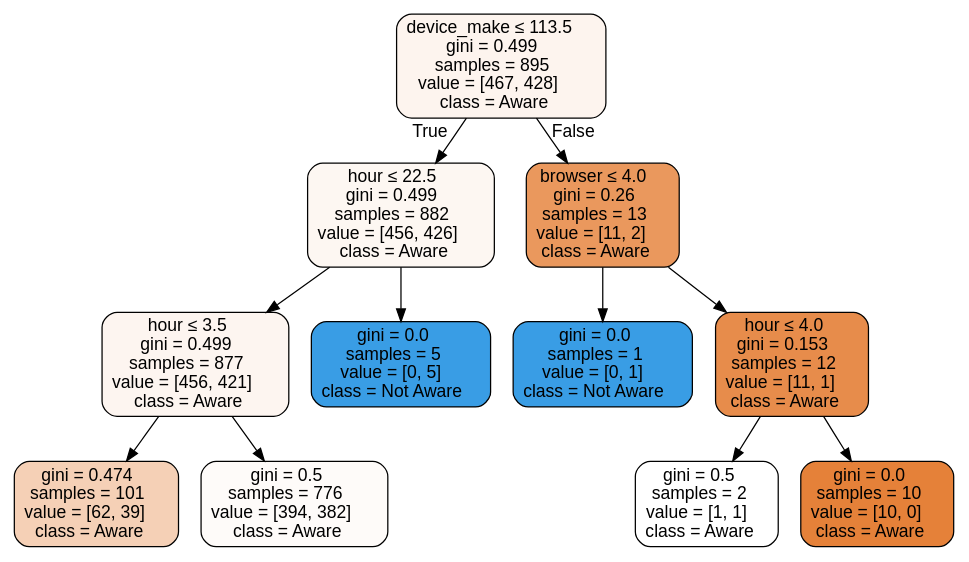
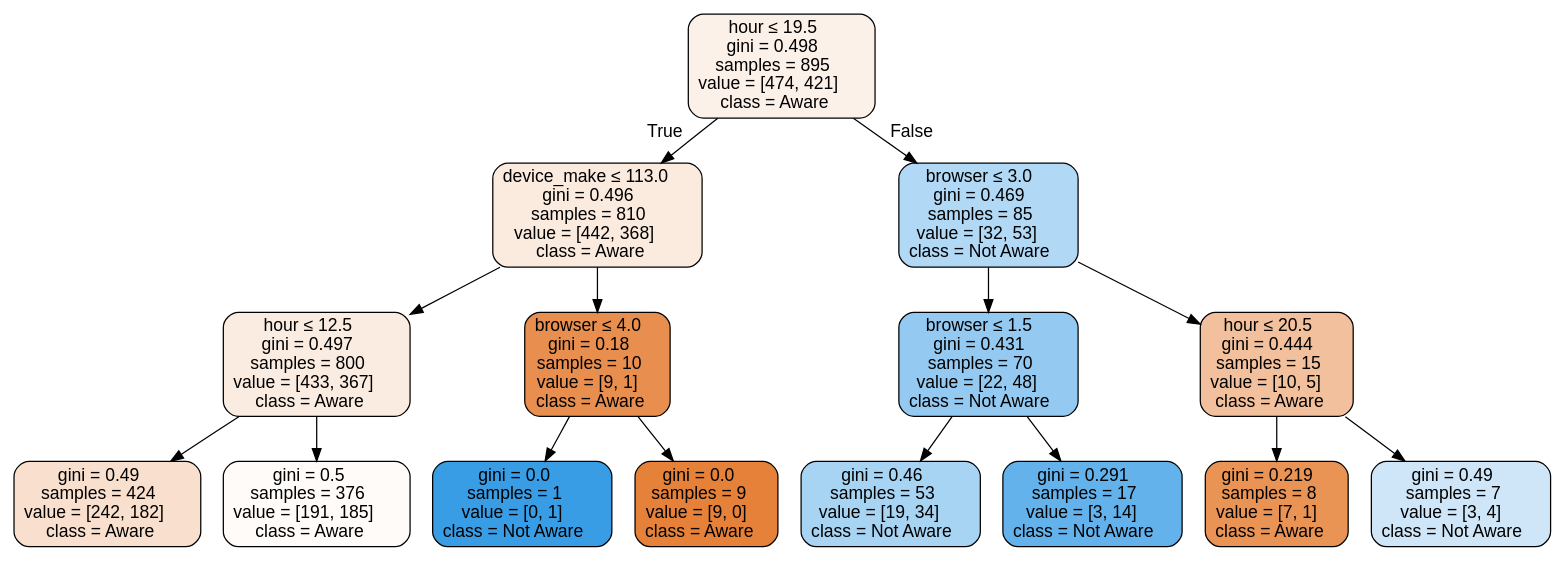
Before and after one commit to abreham-g/abtest-mlops: the diagram in NoteBook/resume.dot, drawn with Graphviz. The commit also changed 1 other file, not shown here.

```diff
--- a/NoteBook/resume.dot
+++ b/NoteBook/resume.dot
@@ -1,25 +1,33 @@
 digraph Tree {
 node [shape=box, style="filled, rounded", color="black", fontname=helvetica] ;
 edge [fontname=helvetica] ;
-0 [label=<device_make &le; 113.5<br/>gini = 0.499<br/>samples = 895<br/>value = [467, 428]<br/>class = Aware>, fillcolor="#fdf4ee"] ;
-1 [label=<hour &le; 22.5<br/>gini = 0.499<br/>samples = 882<br/>value = [456, 426]<br/>class = Aware>, fillcolor="#fdf7f2"] ;
+0 [label=<hour &le; 19.5<br/>gini = 0.498<br/>samples = 895<br/>value = [474, 421]<br/>class = Aware>, fillcolor="#fcf1e9"] ;
+1 [label=<device_make &le; 113.0<br/>gini = 0.496<br/>samples = 810<br/>value = [442, 368]<br/>class = Aware>, fillcolor="#fbeade"] ;
 0 -> 1 [labeldistance=2.5, labelangle=45, headlabel="True"] ;
-2 [label=<hour &le; 3.5<br/>gini = 0.499<br/>samples = 877<br/>value = [456, 421]<br/>class = Aware>, fillcolor="#fdf5f0"] ;
+2 [label=<hour &le; 12.5<br/>gini = 0.497<br/>samples = 800<br/>value = [433, 367]<br/>class = Aware>, fillcolor="#fbece1"] ;
 1 -> 2 ;
-3 [label=<gini = 0.474<br/>samples = 101<br/>value = [62, 39]<br/>class = Aware>, fillcolor="#f5d0b6"] ;
+3 [label=<gini = 0.49<br/>samples = 424<br/>value = [242, 182]<br/>class = Aware>, fillcolor="#f9e0ce"] ;
 2 -> 3 ;
-4 [label=<gini = 0.5<br/>samples = 776<br/>value = [394, 382]<br/>class = Aware>, fillcolor="#fefbf9"] ;
+4 [label=<gini = 0.5<br/>samples = 376<br/>value = [191, 185]<br/>class = Aware>, fillcolor="#fefbf9"] ;
 2 -> 4 ;
-5 [label=<gini = 0.0<br/>samples = 5<br/>value = [0, 5]<br/>class = Not Aware>, fillcolor="#399de5"] ;
+5 [label=<browser &le; 4.0<br/>gini = 0.18<br/>samples = 10<br/>value = [9, 1]<br/>class = Aware>, fillcolor="#e88f4f"] ;
 1 -> 5 ;
-6 [label=<browser &le; 4.0<br/>gini = 0.26<br/>samples = 13<br/>value = [11, 2]<br/>class = Aware>, fillcolor="#ea985d"] ;
-0 -> 6 [labeldistance=2.5, labelangle=-45, headlabel="False"] ;
-7 [label=<gini = 0.0<br/>samples = 1<br/>value = [0, 1]<br/>class = Not Aware>, fillcolor="#399de5"] ;
-6 -> 7 ;
-8 [label=<hour &le; 4.0<br/>gini = 0.153<br/>samples = 12<br/>value = [11, 1]<br/>class = Aware>, fillcolor="#e78c4b"] ;
-6 -> 8 ;
-9 [label=<gini = 0.5<br/>samples = 2<br/>value = [1, 1]<br/>class = Aware>, fillcolor="#ffffff"] ;
+6 [label=<gini = 0.0<br/>samples = 1<br/>value = [0, 1]<br/>class = Not Aware>, fillcolor="#399de5"] ;
+5 -> 6 ;
+7 [label=<gini = 0.0<br/>samples = 9<br/>value = [9, 0]<br/>class = Aware>, fillcolor="#e58139"] ;
+5 -> 7 ;
+8 [label=<browser &le; 3.0<br/>gini = 0.469<br/>samples = 85<br/>value = [32, 53]<br/>class = Not Aware>, fillcolor="#b1d8f5"] ;
+0 -> 8 [labeldistance=2.5, labelangle=-45, headlabel="False"] ;
+9 [label=<browser &le; 1.5<br/>gini = 0.431<br/>samples = 70<br/>value = [22, 48]<br/>class = Not Aware>, fillcolor="#94caf1"] ;
 8 -> 9 ;
-10 [label=<gini = 0.0<br/>samples = 10<br/>value = [10, 0]<br/>class = Aware>, fillcolor="#e58139"] ;
-8 -> 10 ;
+10 [label=<gini = 0.46<br/>samples = 53<br/>value = [19, 34]<br/>class = Not Aware>, fillcolor="#a8d4f4"] ;
+9 -> 10 ;
+11 [label=<gini = 0.291<br/>samples = 17<br/>value = [3, 14]<br/>class = Not Aware>, fillcolor="#63b2eb"] ;
+9 -> 11 ;
+12 [label=<hour &le; 20.5<br/>gini = 0.444<br/>samples = 15<br/>value = [10, 5]<br/>class = Aware>, fillcolor="#f2c09c"] ;
+8 -> 12 ;
+13 [label=<gini = 0.219<br/>samples = 8<br/>value = [7, 1]<br/>class = Aware>, fillcolor="#e99355"] ;
+12 -> 13 ;
+14 [label=<gini = 0.49<br/>samples = 7<br/>value = [3, 4]<br/>class = Not Aware>, fillcolor="#cee6f8"] ;
+12 -> 14 ;
 }
```
